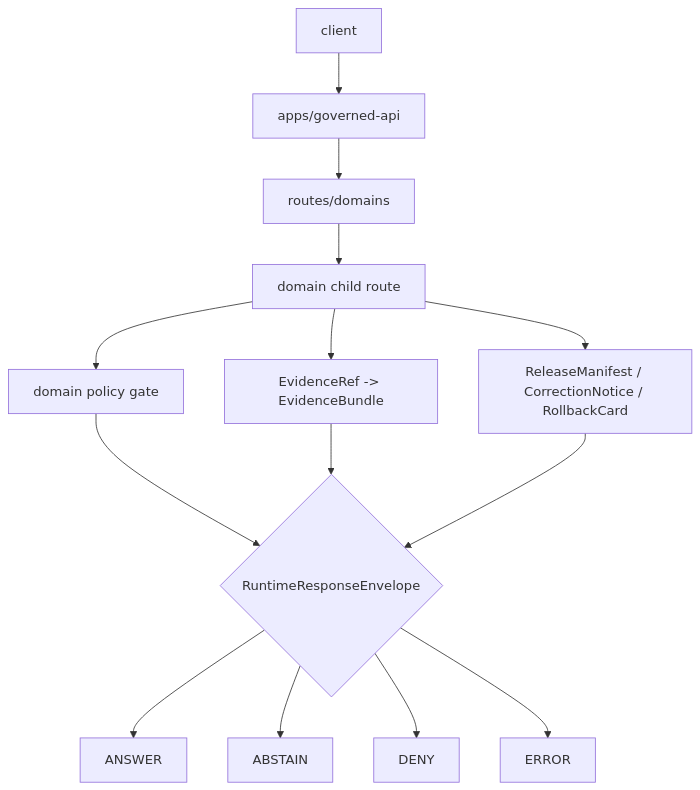
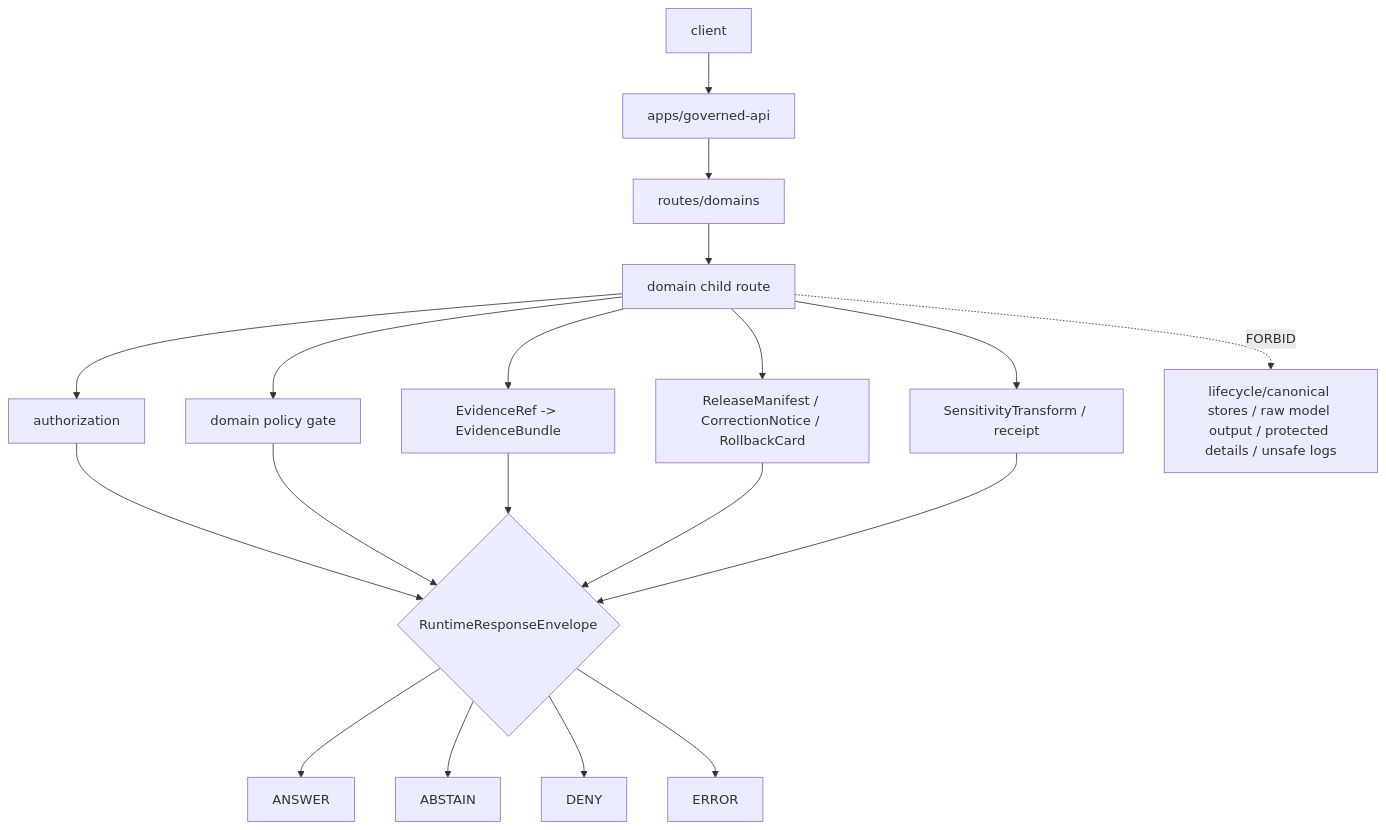
One commit to bartytime4life/Kansas-Frontier-Matrix changed the diagram in apps/governed-api/routes/domains/README.md. Above: the diagram before and after it, drawn with Mermaid. The commit also changed other lines of this file, not shown here.

````diff
--- a/apps/governed-api/routes/domains/README.md
+++ b/apps/governed-api/routes/domains/README.md
@@ -210,16 +282,21 @@
 ```mermaid
 flowchart TD
     client["client"] --> api["apps/governed-api"]
     api --> parent["routes/domains"]
     parent --> child["domain child route"]
+    child --> auth["authorization"]
     child --> policy["domain policy gate"]
     child --> evidence["EvidenceRef -> EvidenceBundle"]
     child --> release["ReleaseManifest / CorrectionNotice / RollbackCard"]
-    policy --> outcome{"RuntimeResponseEnvelope"}
+    child --> transform["SensitivityTransform / receipt"]
+    auth --> outcome{"RuntimeResponseEnvelope"}
+    policy --> outcome
     evidence --> outcome
     release --> outcome
+    transform --> outcome
     outcome --> answer["ANSWER"]
     outcome --> abstain["ABSTAIN"]
     outcome --> deny["DENY"]
     outcome --> error["ERROR"]
+    child -. FORBID .-> raw["lifecycle/canonical stores / raw model output / protected details / unsafe logs"]
 ```
````
